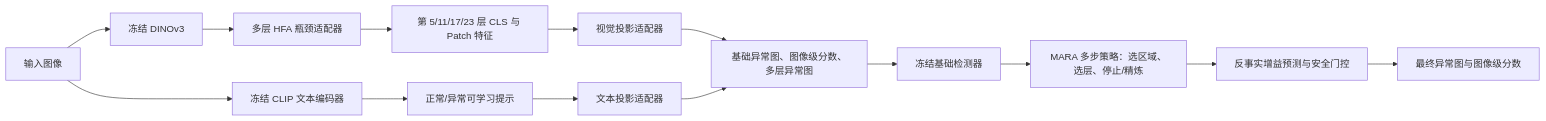
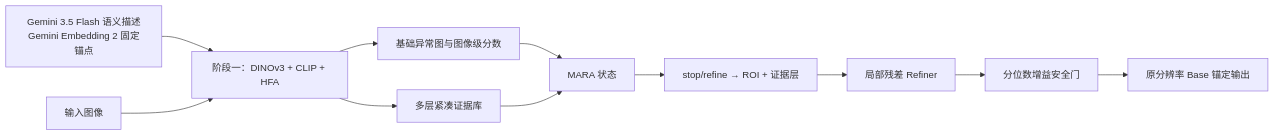
Before and after one commit to indolence-qian/SRA-DINO: the diagram in SRA-DINO_技术总结.md, drawn with Mermaid. The commit also changed other lines of this file and 8 other files, not shown here.

````diff
--- a/SRA-DINO_技术总结.md
+++ b/SRA-DINO_技术总结.md
@@ -26,16 +12,13 @@
 ```mermaid
 flowchart LR
-    I["输入图像"] --> D["冻结 DINOv3"]
-    I --> C["冻结 CLIP 文本编码器"]
-    D --> H["多层 HFA 瓶颈适配器"]
-    H --> V["第 5/11/17/23 层 CLS 与 Patch 特征"]
-    C --> P["正常/异常可学习提示"]
-    V --> A["视觉投影适配器"]
-    P --> T["文本投影适配器"]
-    A --> B["基础异常图、图像级分数、多层异常图"]
-    T --> B
-    B --> M["冻结基础检测器"]
-    M --> R["MARA 多步策略：选区域、选层、停止/精炼"]
-    R --> G["反事实增益预测与安全门控"]
-    G --> O["最终异常图与图像级分数"]
+    S["Gemini 3.5 Flash 语义描述<br/>Gemini Embedding 2 固定锚点"] --> B
+    I["输入图像"] --> B["阶段一：DINOv3 + CLIP + HFA"]
+    B --> P["基础异常图与图像级分数"]
+    B --> E["多层紧凑证据库"]
+    P --> M["MARA 状态"]
+    E --> M
+    M --> A["stop/refine → ROI + 证据层"]
+    A --> R["局部残差 Refiner"]
+    R --> G["分位数增益安全门"]
+    G --> O["原分辨率 Base 锚定输出"]
 ```
````
